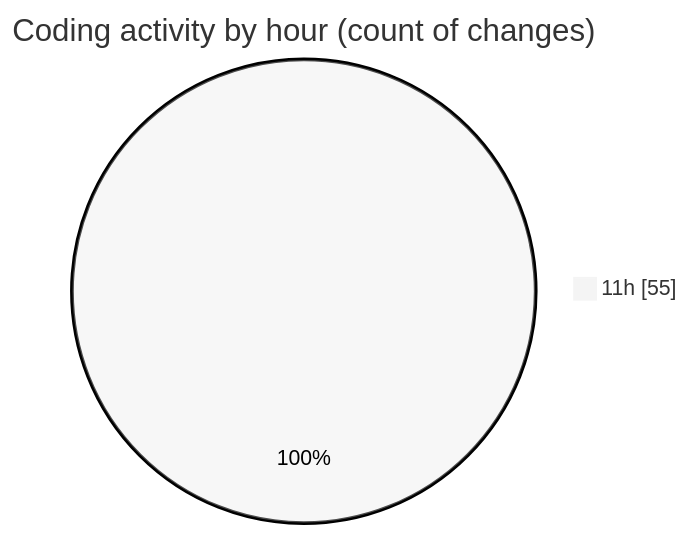
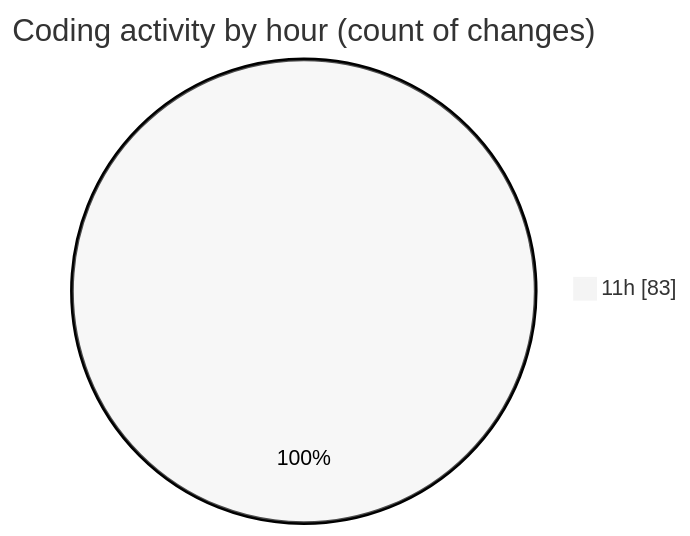
The second of 2 diagrams in 2026-03-16/nxtqube_webapp/README.md (nxtqubesakshisongat/code-tracking), drawn with Mermaid (neutral theme) before and after one commit. The commit also changed other lines of this file and 1 other file, not shown here.

````diff
--- a/2026-03-16/nxtqube_webapp/README.md
+++ b/2026-03-16/nxtqube_webapp/README.md
@@ -41,5 +51,5 @@
 ```mermaid
 pie showData
 title Coding activity by hour (count of changes)
-"11h" : 55
+"11h" : 83
 ```
````
